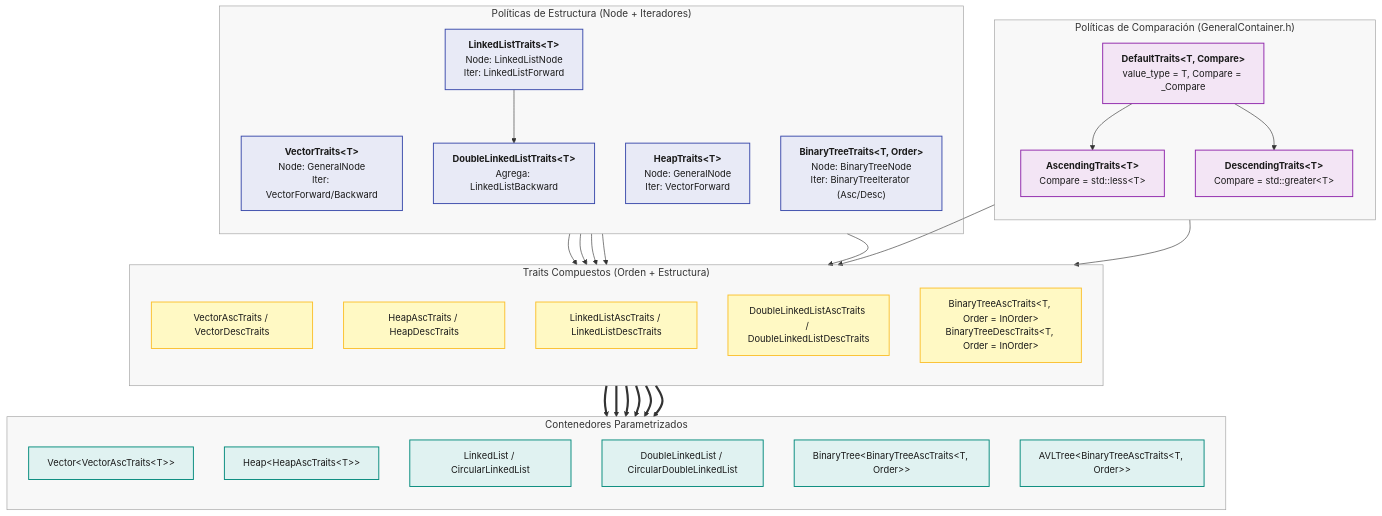
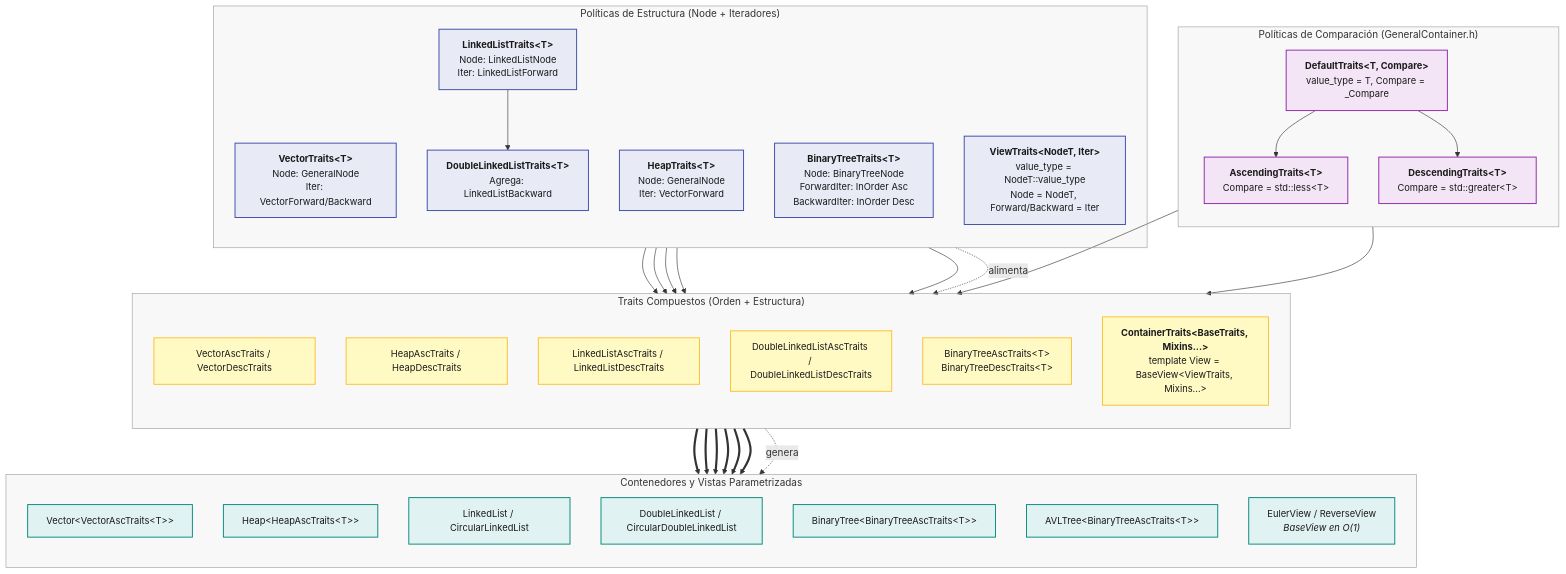
The fourth of 6 diagrams in README.md (AldoLunaBueno/2026-II-CS-UNI-CC0E5-AEDAv), drawn with Mermaid before and after one commit. The commit also changed other lines of this file and 2 other files, not shown here.

````diff
--- a/README.md
+++ b/README.md
@@ -200,71 +227,76 @@
 ```mermaid
 flowchart TB
     subgraph ORDEN["Políticas de Comparación (GeneralContainer.h)"]
         direction TB
         DT["<b>DefaultTraits#lt;T, Compare#gt;</b><br/>value_type = T, Compare = _Compare"]
         ASC["<b>AscendingTraits#lt;T#gt;</b><br/>Compare = std::less#lt;T#gt;"]
         DESC["<b>DescendingTraits#lt;T#gt;</b><br/>Compare = std::greater#lt;T#gt;"]
         DT --> ASC
         DT --> DESC
     end
 
     subgraph STRUCT["Políticas de Estructura (Node + Iteradores)"]
         direction TB
         VT["<b>VectorTraits#lt;T#gt;</b><br/>Node: GeneralNode<br/>Iter: VectorForward/Backward"]
         HT["<b>HeapTraits#lt;T#gt;</b><br/>Node: GeneralNode<br/>Iter: VectorForward"]
         LLT["<b>LinkedListTraits#lt;T#gt;</b><br/>Node: LinkedListNode<br/>Iter: LinkedListForward"]
         DLLT["<b>DoubleLinkedListTraits#lt;T#gt;</b><br/>Agrega: LinkedListBackward"]
-        BTT["<b>BinaryTreeTraits#lt;T, Order#gt;</b><br/>Node: BinaryTreeNode<br/>Iter: BinaryTreeIterator (Asc/Desc)"]
+        BTT["<b>BinaryTreeTraits#lt;T#gt;</b><br/>Node: BinaryTreeNode<br/>ForwardIter: InOrder Asc<br/>BackwardIter: InOrder Desc"]
+        VWT["<b>ViewTraits#lt;NodeT, Iter#gt;</b><br/>value_type = NodeT::value_type<br/>Node = NodeT, Forward/Backward = Iter"]
 
         LLT --> DLLT
     end
 
     subgraph COMBINED["Traits Compuestos (Orden + Estructura)"]
         direction TB
         V_TR["VectorAscTraits / VectorDescTraits"]
         H_TR["HeapAscTraits / HeapDescTraits"]
         LL_TR["LinkedListAscTraits / LinkedListDescTraits"]
         DLL_TR["DoubleLinkedListAscTraits / DoubleLinkedListDescTraits"]
-        BT_TR["BinaryTreeAscTraits#lt;T, Order = InOrder#gt;<br/>BinaryTreeDescTraits#lt;T, Order = InOrder#gt;"]
+        BT_TR["BinaryTreeAscTraits#lt;T#gt;<br/>BinaryTreeDescTraits#lt;T#gt;"]
+        CTR["<b>ContainerTraits#lt;BaseTraits, Mixins...#gt;</b><br/>template View = BaseView#lt;ViewTraits, Mixins...#gt;"]
     end
 
-    subgraph USERS["Contenedores Parametrizados"]
+    subgraph USERS["Contenedores y Vistas Parametrizadas"]
         direction TB
         U_V["Vector#lt;VectorAscTraits#lt;T#gt;#gt;"]
         U_H["Heap#lt;HeapAscTraits#lt;T#gt;#gt;"]
         U_LL["LinkedList / CircularLinkedList"]
         U_DLL["DoubleLinkedList / CircularDoubleLinkedList"]
-        U_BT["BinaryTree#lt;BinaryTreeAscTraits#lt;T, Order#gt;#gt;"]
-        U_AVL["AVLTree#lt;BinaryTreeAscTraits#lt;T, Order#gt;#gt;"]
+        U_BT["BinaryTree#lt;BinaryTreeAscTraits#lt;T#gt;#gt;"]
+        U_AVL["AVLTree#lt;BinaryTreeAscTraits#lt;T#gt;#gt;"]
+        U_VIEW["EulerView / ReverseView<br/><i>BaseView en O(1)</i>"]
     end
 
     ASC --> COMBINED
     DESC --> COMBINED
     VT --> V_TR
     HT --> H_TR
     LLT --> LL_TR
     DLLT --> DLL_TR
     BTT --> BT_TR
 
     V_TR ==> U_V
     H_TR ==> U_H
     LL_TR ==> U_LL
     DLL_TR ==> U_DLL
     BT_TR ==> U_BT
     BT_TR ==> U_AVL
+    CTR -. "genera" .-> U_VIEW
+    VWT -. "alimenta" .-> CTR
 
     classDef orden fill:#F3E5F5,stroke:#8E24AA,color:#1A1A1A,stroke-width:1.5px,font-size:15px;
     classDef struct fill:#E8EAF6,stroke:#3949AB,color:#1A1A1A,stroke-width:1.5px,font-size:15px;
     classDef comb fill:#FFF9C4,stroke:#FBC02D,color:#1A1A1A,stroke-width:1.5px,font-size:15px;
     classDef user fill:#E0F2F1,stroke:#00897B,color:#1A1A1A,stroke-width:1.5px,font-size:15px;
 
     class DT,ASC,DESC orden
-    class VT,HT,LLT,DLLT,BTT struct
-    class V_TR,H_TR,LL_TR,DLL_TR,BT_TR comb
-    class U_V,U_H,U_LL,U_DLL,U_BT,U_AVL user
+    class VT,HT,LLT,DLLT,BTT,VWT struct
+    class V_TR,H_TR,LL_TR,DLL_TR,BT_TR,CTR comb
+    class U_V,U_H,U_LL,U_DLL,U_BT,U_AVL,U_VIEW user
 
     style ORDEN fill:#8080800F,stroke:#9E9E9E,stroke-width:1px
     style STRUCT fill:#8080800F,stroke:#9E9E9E,stroke-width:1px
     style COMBINED fill:#8080800F,stroke:#9E9E9E,stroke-width:1px
     style USERS fill:#8080800F,stroke:#9E9E9E,stroke-width:1px
 ```
````
